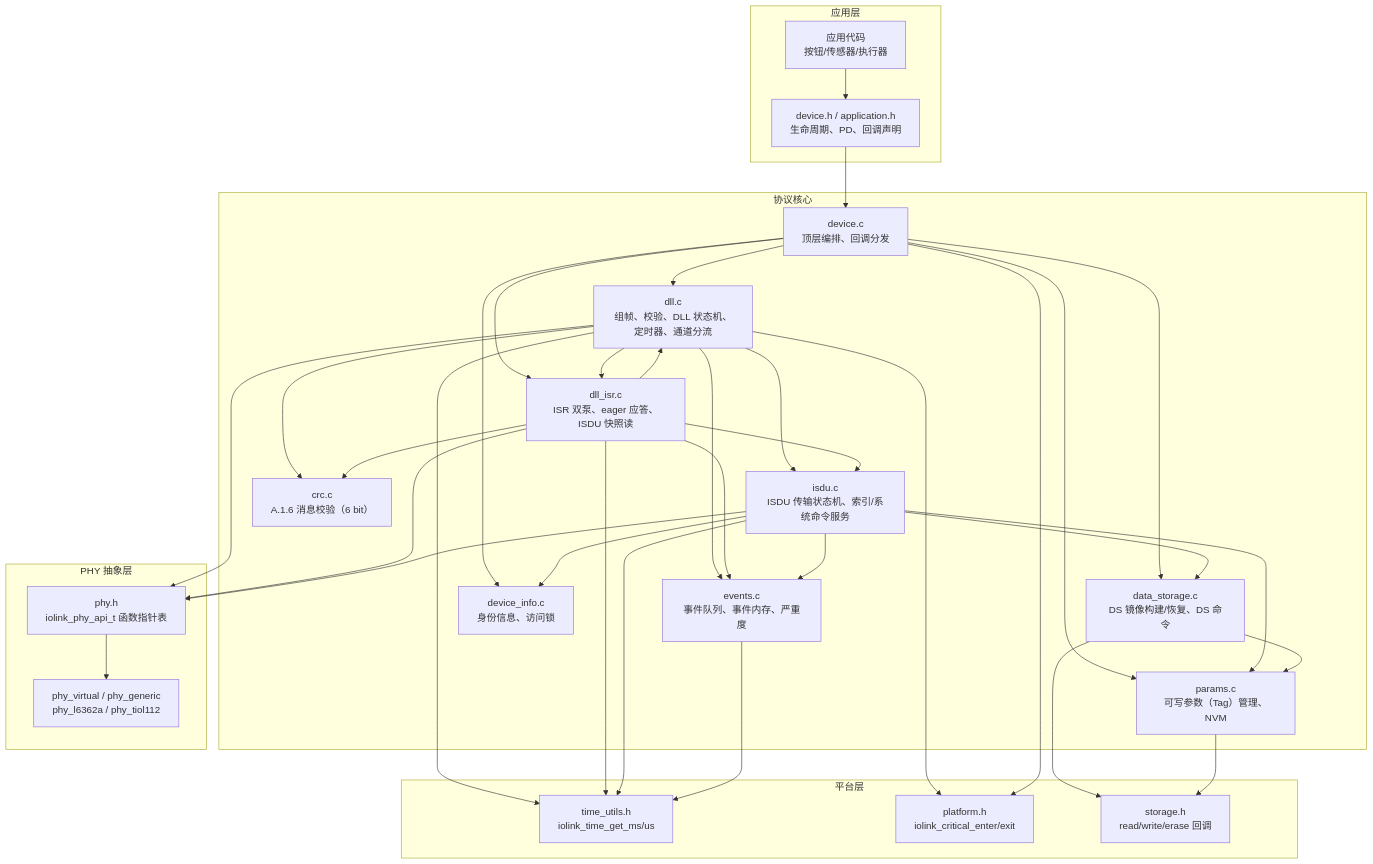
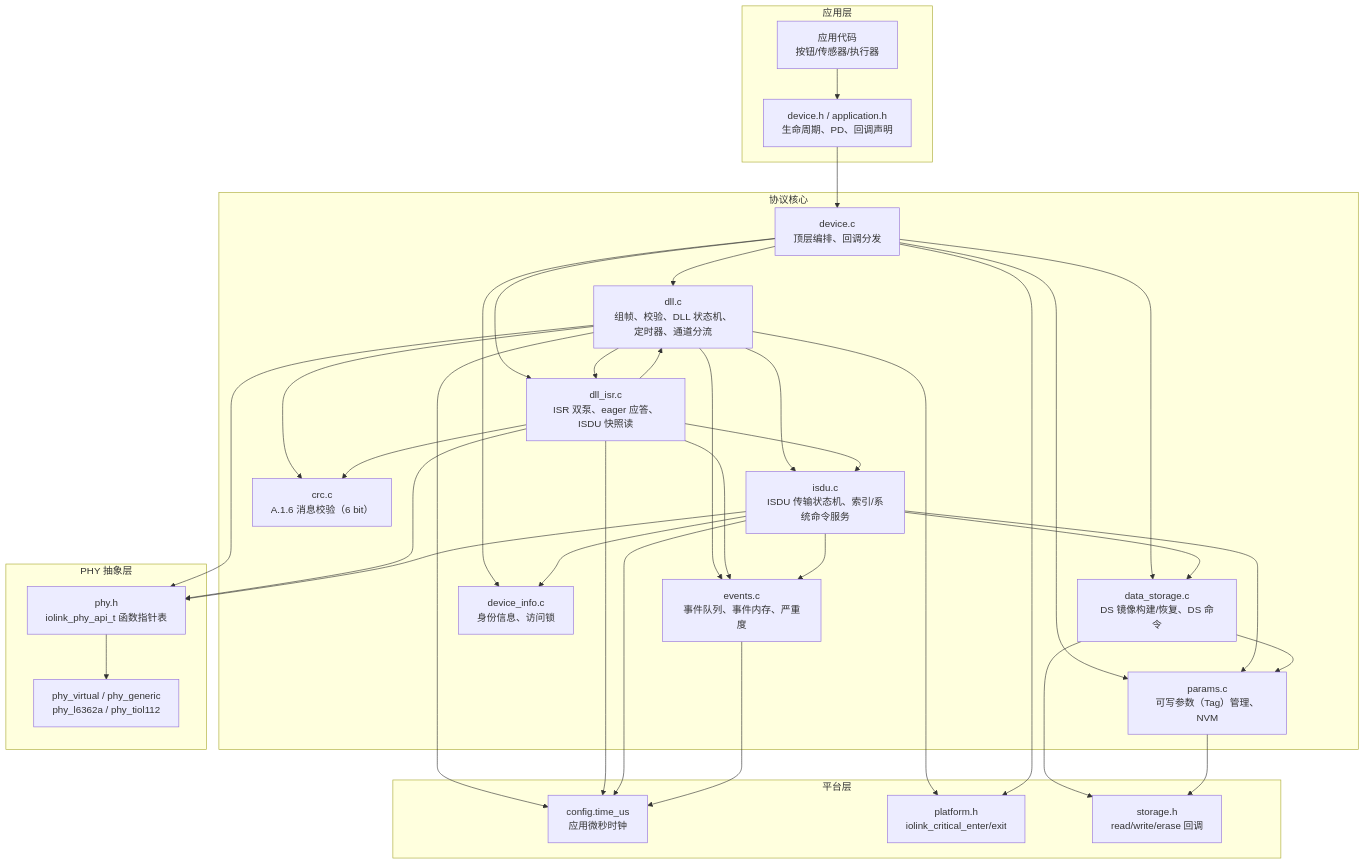
The first of 16 diagrams in docs/CODE_FLOW.md (Adlyq/iolinki), drawn with Mermaid before and after one commit. The commit also changed other lines of this file and 6 other files, not shown here.

````diff
--- a/docs/CODE_FLOW.md
+++ b/docs/CODE_FLOW.md
@@ -49,63 +49,63 @@
 ```mermaid
 flowchart TB
     subgraph APP["应用层"]
         A1["应用代码<br/>按钮/传感器/执行器"]
         A2["device.h / application.h<br/>生命周期、PD、回调声明"]
     end
 
     subgraph CORE["协议核心"]
         D1["device.c<br/>顶层编排、回调分发"]
         D2["dll.c<br/>组帧、校验、DLL 状态机、定时器、通道分流"]
         D2I["dll_isr.c<br/>ISR 双泵、eager 应答、ISDU 快照读"]
         D3["isdu.c<br/>ISDU 传输状态机、索引/系统命令服务"]
         D4["data_storage.c<br/>DS 镜像构建/恢复、DS 命令"]
         D5["params.c<br/>可写参数（Tag）管理、NVM"]
         D6["device_info.c<br/>身份信息、访问锁"]
         D7["events.c<br/>事件队列、事件内存、严重度"]
         D8["crc.c<br/>A.1.6 消息校验（6 bit）"]
     end
 
     subgraph PHY["PHY 抽象层"]
         P1["phy.h<br/>iolink_phy_api_t 函数指针表"]
         P2["phy_virtual / phy_generic<br/>phy_l6362a / phy_tiol112"]
     end
 
     subgraph PLAT["平台层"]
-        T1["time_utils.h<br/>iolink_time_get_ms/us"]
+        T1["config.time_us<br/>应用微秒时钟"]
         T2["platform.h<br/>iolink_critical_enter/exit"]
         S1["storage.h<br/>read/write/erase 回调"]
     end
 
     A1 --> A2
     A2 --> D1
     D1 --> D2
     D1 --> D2I
     D2 --> D2I
     D2I --> D2
     D1 --> D5
     D1 --> D6
     D1 --> D4
     D2 --> D3
     D2I --> D3
     D2 --> D7
     D2I --> D7
     D2 --> D8
     D2I --> D8
     D3 --> D5
     D3 --> D6
     D3 --> D4
     D3 --> D7
     D4 --> D5
     D4 --> S1
     D5 --> S1
     D2 --> P1
     D2I --> P1
     D3 --> P1
     P1 --> P2
     D2 --> T1
     D2I --> T1
     D3 --> T1
     D7 --> T1
     D2 --> T2
     D1 --> T2
 ```
````
